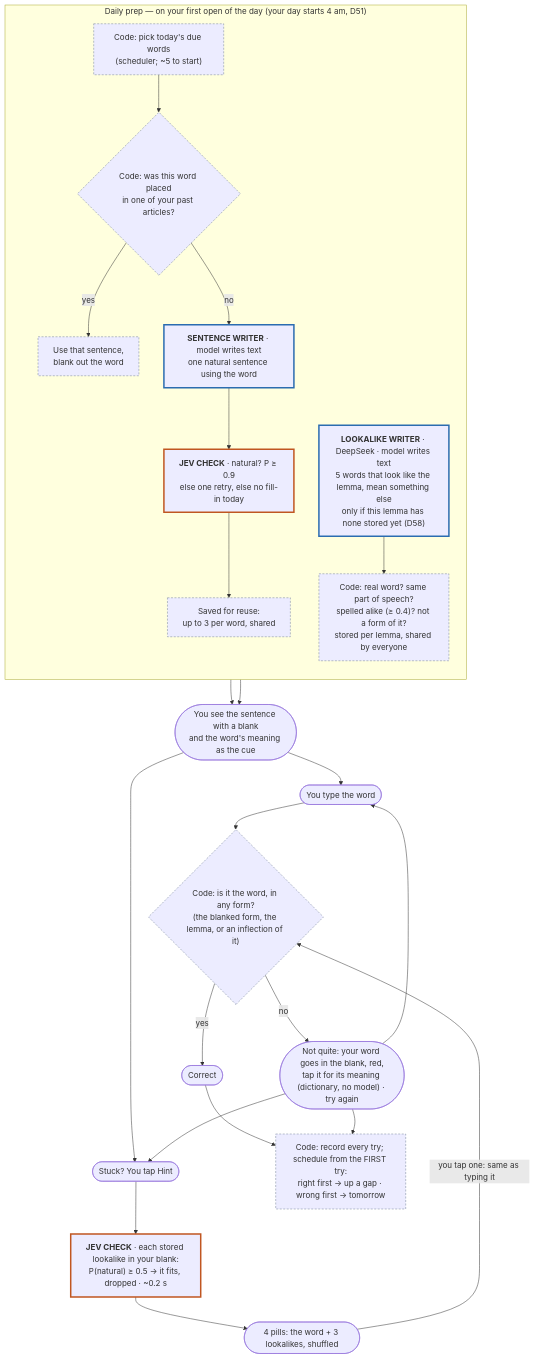
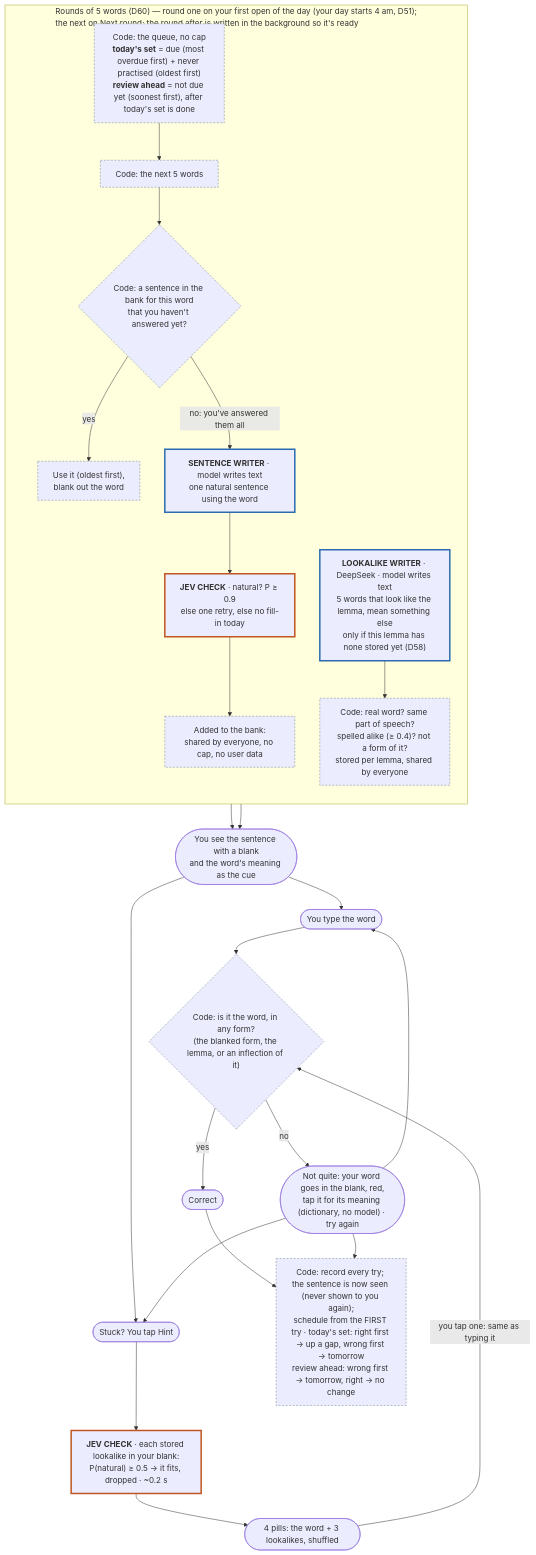
The diagram in diagrams/flow-fill-in-the-word.md (nurgazik/RetAIn), drawn with Mermaid before and after one commit. The commit also changed other lines of this file and 13 other files, not shown here.

First line of the commit message:
D60: practice without a cap — today's set, review ahead, sentence bank

````diff
--- a/diagrams/flow-fill-in-the-word.md
+++ b/diagrams/flow-fill-in-the-word.md
@@ -5,31 +5,32 @@
 ```mermaid
 flowchart TD
-    subgraph PREP["Daily prep — on your first open of the day (your day starts 4 am, D51)"]
+    subgraph PREP["Rounds of 5 words (D60) — round one on your first open of the day (your day starts 4 am, D51);<br/>the next on Next round; the round after is written in the background so it's ready"]
         direction TB
-        P1["Code: pick today's due words<br/>(scheduler; ~5 to start)"]:::code --> P2{"Code: was this word placed<br/>in one of your past articles?"}:::code
-        P2 -- yes --> P3["Use that sentence,<br/>blank out the word"]:::code
-        P2 -- no --> P4["<b>SENTENCE WRITER</b> · model writes text<br/>one natural sentence using the word"]:::writer
-        P6 --> P5["Saved for reuse:<br/>up to 3 per word, shared"]:::code
+        P0["Code: the queue, no cap<br/><b>today's set</b> = due (most overdue first) + never practised (oldest first)<br/><b>review ahead</b> = not due yet (soonest first), after today's set is done"]:::code --> P1
+        P1["Code: the next 5 words"]:::code --> P2{"Code: a sentence in the bank for this word<br/>that you haven't answered yet?"}:::code
+        P2 -- yes --> P3["Use it (oldest first),<br/>blank out the word"]:::code
+        P2 -- "no: you've answered them all" --> P4["<b>SENTENCE WRITER</b> · model writes text<br/>one natural sentence using the word"]:::writer
+        P6 --> P5["Added to the bank:<br/>shared by everyone, no cap, no user data"]:::code
         P4 --> P6["<b>JEV CHECK</b> · natural? P ≥ 0.9<br/>else one retry, else no fill-in today"]:::gate
         P7["<b>LOOKALIKE WRITER</b> · DeepSeek · model writes text<br/>5 words that look like the lemma, mean something else<br/>only if this lemma has none stored yet (D58)"]:::writer --> P8["Code: real word? same part of speech?<br/>spelled alike (≥ 0.4)? not a form of it?<br/>stored per lemma, shared by everyone"]:::code
     end
 
     P3 --> X
     P5 --> X
     X([You see the sentence with a blank<br/>and the word's meaning as the cue]) --> Y([You type the word])
     X --> H([Stuck? You tap Hint])
     H --> H1["<b>JEV CHECK</b> · each stored lookalike in your blank:<br/>P(natural) ≥ 0.5 → it fits, dropped · ~0.2 s"]:::gate
     H1 --> H2([4 pills: the word + 3 lookalikes, shuffled])
     H2 -- "you tap one: same as typing it" --> Z
     Y --> Z{"Code: is it the word, in any form?<br/>(the blanked form, the lemma, or an inflection of it)"}:::code
     Z -- yes --> OK([Correct])
     Z -- no --> NO(["Not quite: your word goes in the blank, red,<br/>tap it for its meaning (dictionary, no model) · try again"])
     NO --> Y
     NO --> H
-    OK --> S["Code: record every try; schedule from the FIRST try:<br/>right first → up a gap · wrong first → tomorrow"]:::code
+    OK --> S["Code: record every try; the sentence is now seen (never shown to you again);<br/>schedule from the FIRST try · today's set: right first → up a gap, wrong first → tomorrow<br/>review ahead: wrong first → tomorrow, right → no change"]:::code
     NO --> S
 
     classDef writer stroke:#2b6cb0,stroke-width:3px
     classDef gate stroke:#c05621,stroke-width:3px
     classDef code stroke:#718096,stroke-dasharray:4 3
 ```
````
